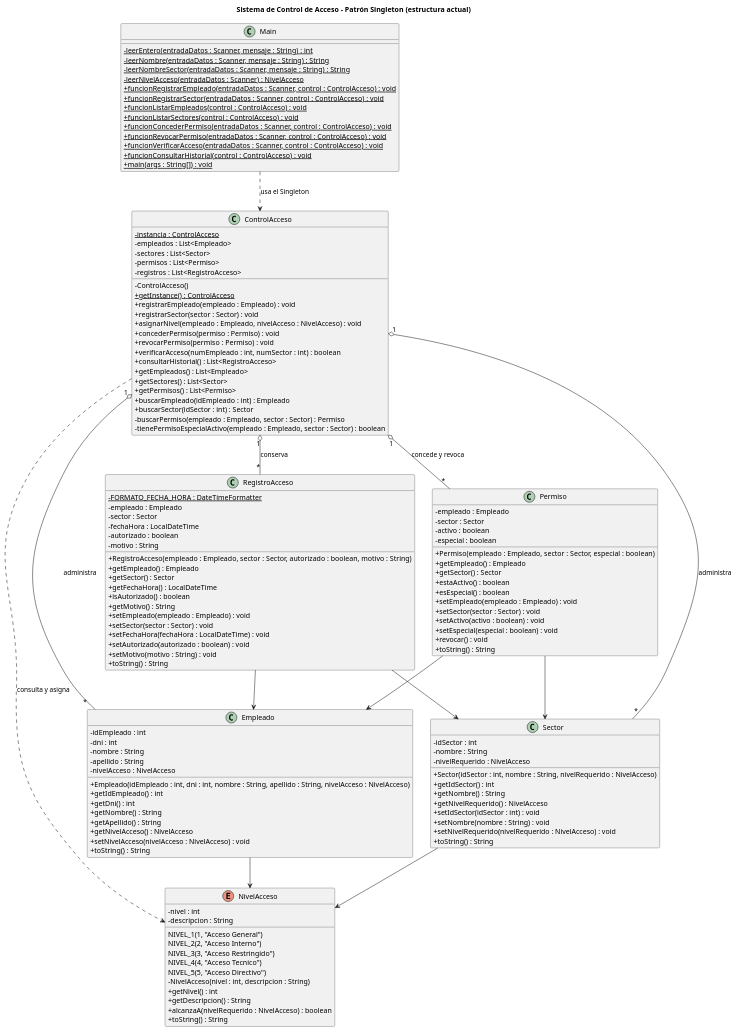
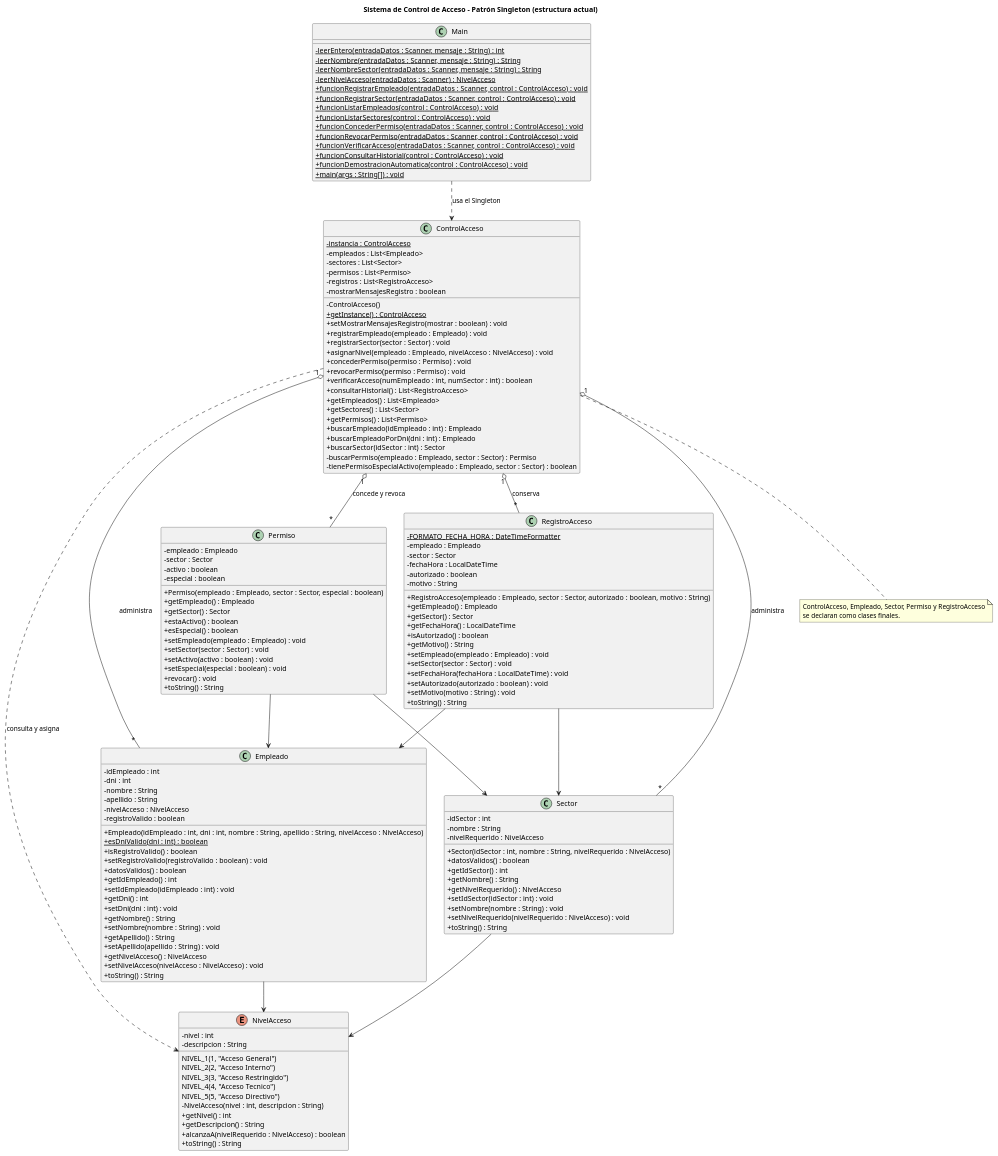
One commit to PatronSingleton-DisenoSoftware/Patron-Singleton-Software-EGI changed the diagram in docs/assets/uml-clases.puml. Above: the diagram before and after it, drawn with PlantUML. The commit also changed 14 other files, not shown here.

```diff
--- a/docs/assets/uml-clases.puml
+++ b/docs/assets/uml-clases.puml
@@ -1,147 +1,166 @@
 @startuml uml-clases
-' Diagrama de clases de la Sección II, alineado al código de src/.
+' Diagrama de clases de la Sección II, alineado al código de src/ (main, 2026-11-27).
 ' Renderizar con PlantUML y exportar como uml-clases.png para el documento de entrega.
 
 skinparam classAttributeIconSize 0
 skinparam shadowing false
 
 title Sistema de Control de Acceso - Patrón Singleton (estructura actual)
 
 class ControlAcceso {
   {static} -instancia : ControlAcceso
   -empleados : List<Empleado>
   -sectores : List<Sector>
   -permisos : List<Permiso>
   -registros : List<RegistroAcceso>
+  -mostrarMensajesRegistro : boolean
   -ControlAcceso()
   {static} +getInstance() : ControlAcceso
+  +setMostrarMensajesRegistro(mostrar : boolean) : void
   +registrarEmpleado(empleado : Empleado) : void
   +registrarSector(sector : Sector) : void
   +asignarNivel(empleado : Empleado, nivelAcceso : NivelAcceso) : void
   +concederPermiso(permiso : Permiso) : void
   +revocarPermiso(permiso : Permiso) : void
   +verificarAcceso(numEmpleado : int, numSector : int) : boolean
   +consultarHistorial() : List<RegistroAcceso>
   +getEmpleados() : List<Empleado>
   +getSectores() : List<Sector>
   +getPermisos() : List<Permiso>
   +buscarEmpleado(idEmpleado : int) : Empleado
+  +buscarEmpleadoPorDni(dni : int) : Empleado
   +buscarSector(idSector : int) : Sector
   -buscarPermiso(empleado : Empleado, sector : Sector) : Permiso
   -tienePermisoEspecialActivo(empleado : Empleado, sector : Sector) : boolean
 }
 
 class Empleado {
   -idEmpleado : int
   -dni : int
   -nombre : String
   -apellido : String
   -nivelAcceso : NivelAcceso
+  -registroValido : boolean
   +Empleado(idEmpleado : int, dni : int, nombre : String, apellido : String, nivelAcceso : NivelAcceso)
+  {static} +esDniValido(dni : int) : boolean
+  +isRegistroValido() : boolean
+  +setRegistroValido(registroValido : boolean) : void
+  +datosValidos() : boolean
   +getIdEmpleado() : int
+  +setIdEmpleado(idEmpleado : int) : void
   +getDni() : int
+  +setDni(dni : int) : void
   +getNombre() : String
+  +setNombre(nombre : String) : void
   +getApellido() : String
+  +setApellido(apellido : String) : void
   +getNivelAcceso() : NivelAcceso
   +setNivelAcceso(nivelAcceso : NivelAcceso) : void
   +toString() : String
 }
 
 class Sector {
   -idSector : int
   -nombre : String
   -nivelRequerido : NivelAcceso
   +Sector(idSector : int, nombre : String, nivelRequerido : NivelAcceso)
+  +datosValidos() : boolean
   +getIdSector() : int
   +getNombre() : String
   +getNivelRequerido() : NivelAcceso
   +setIdSector(idSector : int) : void
   +setNombre(nombre : String) : void
   +setNivelRequerido(nivelRequerido : NivelAcceso) : void
   +toString() : String
 }
 
 class Permiso {
   -empleado : Empleado
   -sector : Sector
   -activo : boolean
   -especial : boolean
   +Permiso(empleado : Empleado, sector : Sector, especial : boolean)
   +getEmpleado() : Empleado
   +getSector() : Sector
   +estaActivo() : boolean
   +esEspecial() : boolean
   +setEmpleado(empleado : Empleado) : void
   +setSector(sector : Sector) : void
   +setActivo(activo : boolean) : void
   +setEspecial(especial : boolean) : void
   +revocar() : void
   +toString() : String
 }
 
 class RegistroAcceso {
   {static} -FORMATO_FECHA_HORA : DateTimeFormatter
   -empleado : Empleado
   -sector : Sector
   -fechaHora : LocalDateTime
   -autorizado : boolean
   -motivo : String
   +RegistroAcceso(empleado : Empleado, sector : Sector, autorizado : boolean, motivo : String)
   +getEmpleado() : Empleado
   +getSector() : Sector
   +getFechaHora() : LocalDateTime
   +isAutorizado() : boolean
   +getMotivo() : String
   +setEmpleado(empleado : Empleado) : void
   +setSector(sector : Sector) : void
   +setFechaHora(fechaHora : LocalDateTime) : void
   +setAutorizado(autorizado : boolean) : void
   +setMotivo(motivo : String) : void
   +toString() : String
 }
 
 enum NivelAcceso {
   NIVEL_1(1, "Acceso General")
   NIVEL_2(2, "Acceso Interno")
   NIVEL_3(3, "Acceso Restringido")
   NIVEL_4(4, "Acceso Tecnico")
   NIVEL_5(5, "Acceso Directivo")
   -nivel : int
   -descripcion : String
   -NivelAcceso(nivel : int, descripcion : String)
   +getNivel() : int
   +getDescripcion() : String
   +alcanzaA(nivelRequerido : NivelAcceso) : boolean
   +toString() : String
 }
 
 class Main {
   {static} -leerEntero(entradaDatos : Scanner, mensaje : String) : int
   {static} -leerNombre(entradaDatos : Scanner, mensaje : String) : String
   {static} -leerNombreSector(entradaDatos : Scanner, mensaje : String) : String
   {static} -leerNivelAcceso(entradaDatos : Scanner) : NivelAcceso
   {static} +funcionRegistrarEmpleado(entradaDatos : Scanner, control : ControlAcceso) : void
   {static} +funcionRegistrarSector(entradaDatos : Scanner, control : ControlAcceso) : void
   {static} +funcionListarEmpleados(control : ControlAcceso) : void
   {static} +funcionListarSectores(control : ControlAcceso) : void
   {static} +funcionConcederPermiso(entradaDatos : Scanner, control : ControlAcceso) : void
   {static} +funcionRevocarPermiso(entradaDatos : Scanner, control : ControlAcceso) : void
   {static} +funcionVerificarAcceso(entradaDatos : Scanner, control : ControlAcceso) : void
   {static} +funcionConsultarHistorial(control : ControlAcceso) : void
+  {static} +funcionDemostracionAutomatica(control : ControlAcceso) : void
   {static} +main(args : String[]) : void
 }
+
+note bottom of ControlAcceso
+  ControlAcceso, Empleado, Sector, Permiso y RegistroAcceso
+  se declaran como clases finales.
+end note
 
 ControlAcceso "1" o-- "*" Empleado : administra
 ControlAcceso "1" o-- "*" Sector : administra
 ControlAcceso "1" o-- "*" Permiso : concede y revoca
 ControlAcceso "1" o-- "*" RegistroAcceso : conserva
 ControlAcceso ..> NivelAcceso : consulta y asigna
 Permiso --> Empleado
 Permiso --> Sector
 RegistroAcceso --> Empleado
 RegistroAcceso --> Sector
 Empleado --> NivelAcceso
 Sector --> NivelAcceso
 Main ..> ControlAcceso : usa el Singleton
 
 @enduml
```
